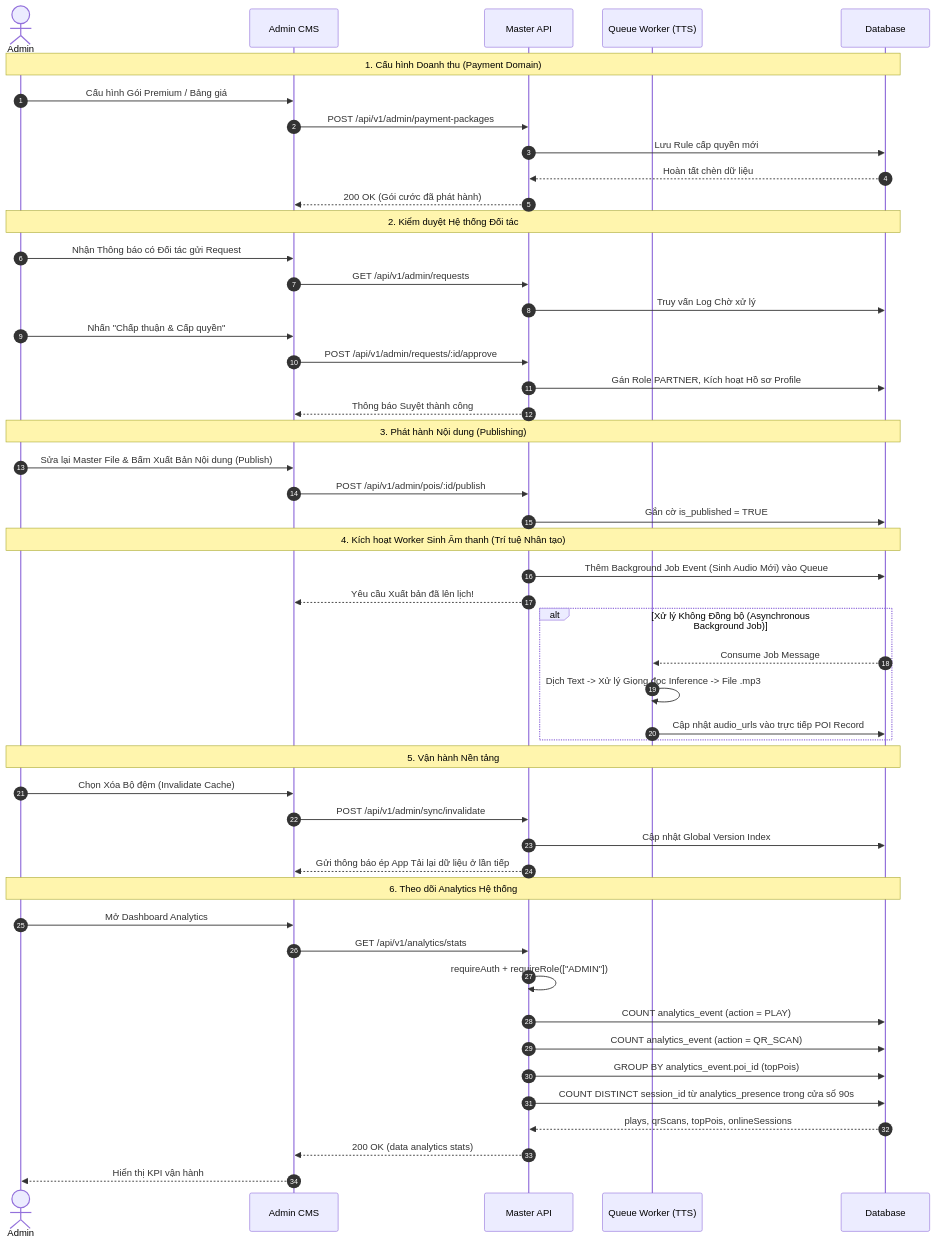
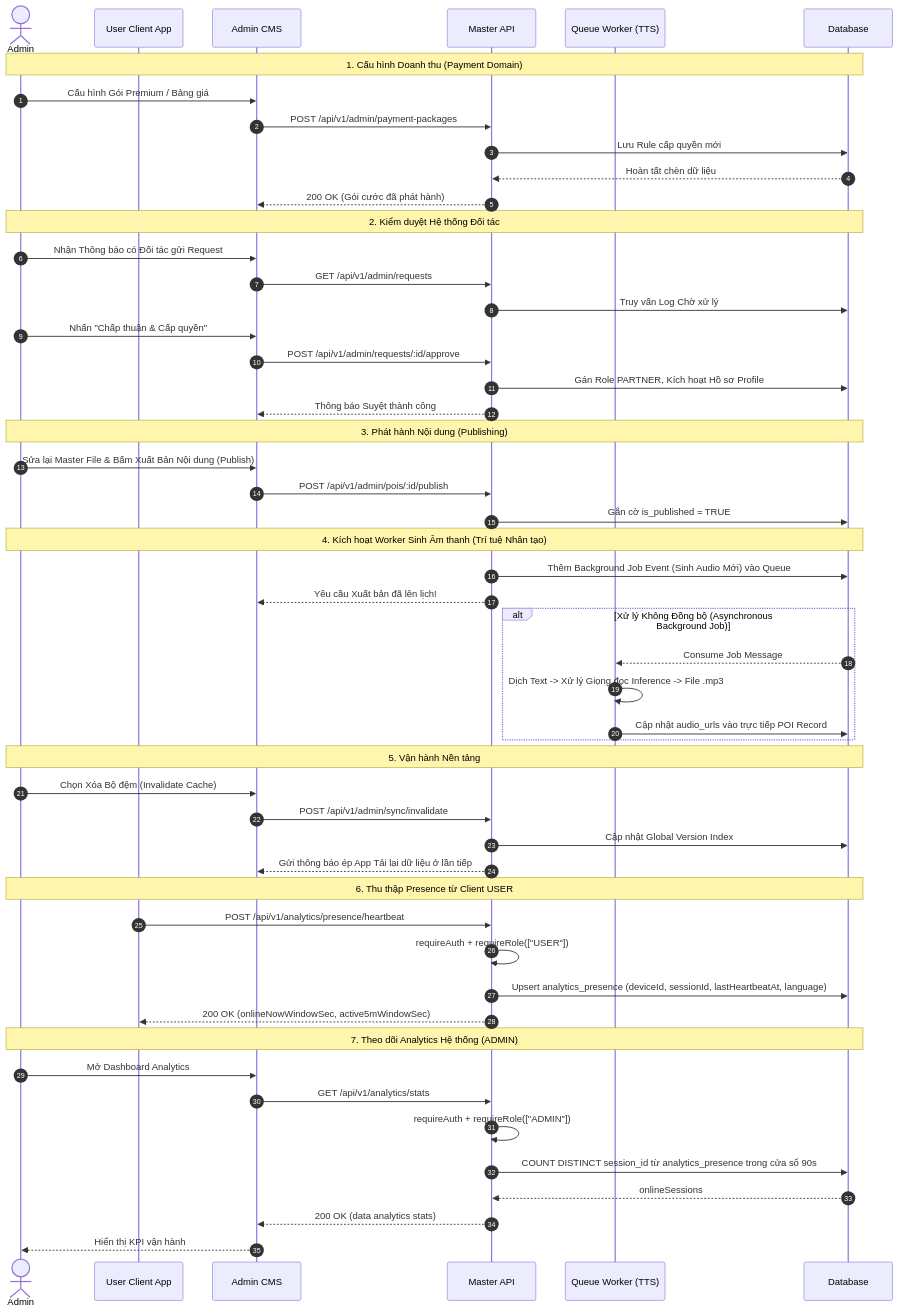
The third of 3 diagrams in docs/diagram-sequence.md (ngsouthbrother04/chua-linh-ung), drawn with Mermaid before and after one commit. The commit also changed 1 other file, not shown here.

````diff
--- a/docs/diagram-sequence.md
+++ b/docs/diagram-sequence.md
@@ -116,58 +116,62 @@
 ```mermaid
 sequenceDiagram
     autonumber
     actor A as Admin
+    participant Client as User Client App
     participant CMS as Admin CMS
     participant Core as Master API
     participant TTS as Queue Worker (TTS)
     participant DB as Database
 
     Note over A,DB: 1. Cấu hình Doanh thu (Payment Domain)
     A->>CMS: Cấu hình Gói Premium / Bảng giá
     CMS->>Core: POST /api/v1/admin/payment-packages
     Core->>DB: Lưu Rule cấp quyền mới
     DB-->>Core: Hoàn tất chèn dữ liệu
     Core-->>CMS: 200 OK (Gói cước đã phát hành)
 
     Note over A,DB: 2. Kiểm duyệt Hệ thống Đối tác
     A->>CMS: Nhận Thông báo có Đối tác gửi Request
     CMS->>Core: GET /api/v1/admin/requests
     Core->>DB: Truy vấn Log Chờ xử lý
     A->>CMS: Nhấn "Chấp thuận & Cấp quyền"
     CMS->>Core: POST /api/v1/admin/requests/:id/approve
     Core->>DB: Gán Role PARTNER, Kích hoạt Hồ sơ Profile
     Core-->>CMS: Thông báo Suyệt thành công
 
     Note over A,DB: 3. Phát hành Nội dung (Publishing)
     A->>CMS: Sửa lại Master File & Bấm Xuất Bản Nội dung (Publish)
     CMS->>Core: POST /api/v1/admin/pois/:id/publish
     Core->>DB: Gắn cờ is_published = TRUE
 
     Note over A,DB: 4. Kích hoạt Worker Sinh Âm thanh (Trí tuệ Nhân tạo)
     Core->>DB: Thêm Background Job Event (Sinh Audio Mới) vào Queue
     Core-->>CMS: Yêu cầu Xuất bản đã lên lịch!
 
     alt Xử lý Không Đồng bộ (Asynchronous Background Job)
         DB-->>TTS: Consume Job Message
         TTS->>TTS: Dịch Text -> Xử lý Giọng đọc Inference -> File .mp3
         TTS->>DB: Cập nhật audio_urls vào trực tiếp POI Record
     end
 
     Note over A,DB: 5. Vận hành Nền tảng
     A->>CMS: Chọn Xóa Bộ đệm (Invalidate Cache)
     CMS->>Core: POST /api/v1/admin/sync/invalidate
     Core->>DB: Cập nhật Global Version Index
     Core-->>CMS: Gửi thông báo ép App Tải lại dữ liệu ở lần tiếp
 
-    Note over A,DB: 6. Theo dõi Analytics Hệ thống
+    Note over A,DB: 6. Thu thập Presence từ Client USER
+    Client->>Core: POST /api/v1/analytics/presence/heartbeat
+    Core->>Core: requireAuth + requireRole(["USER"])
+    Core->>DB: Upsert analytics_presence (deviceId, sessionId, lastHeartbeatAt, language)
+    Core-->>Client: 200 OK (onlineNowWindowSec, active5mWindowSec)
+
+    Note over A,DB: 7. Theo dõi Analytics Hệ thống (ADMIN)
     A->>CMS: Mở Dashboard Analytics
     CMS->>Core: GET /api/v1/analytics/stats
     Core->>Core: requireAuth + requireRole(["ADMIN"])
-    Core->>DB: COUNT analytics_event (action = PLAY)
-    Core->>DB: COUNT analytics_event (action = QR_SCAN)
-    Core->>DB: GROUP BY analytics_event.poi_id (topPois)
     Core->>DB: COUNT DISTINCT session_id từ analytics_presence trong cửa sổ 90s
-    DB-->>Core: plays, qrScans, topPois, onlineSessions
+    DB-->>Core: onlineSessions
     Core-->>CMS: 200 OK (data analytics stats)
     CMS-->>A: Hiển thị KPI vận hành
 ```
````
